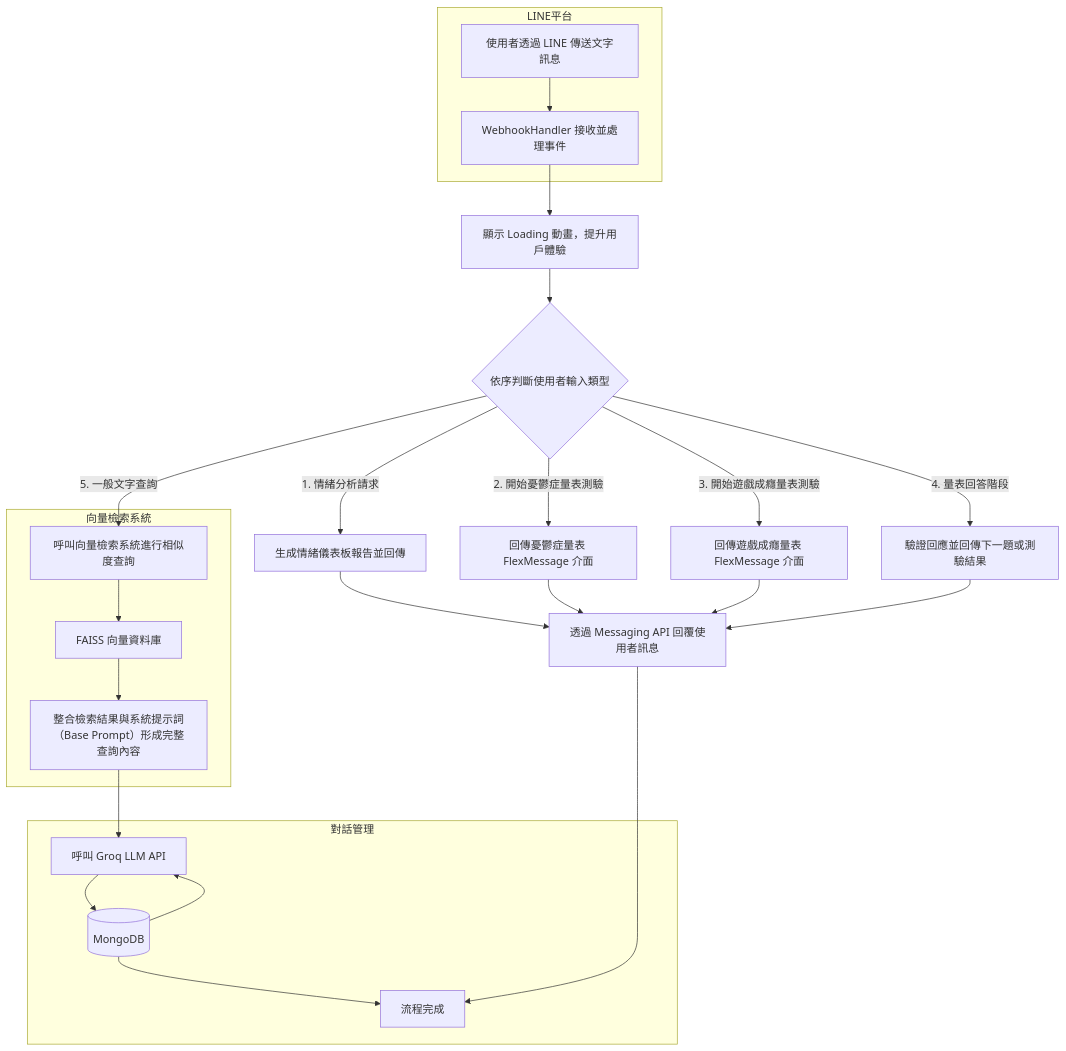
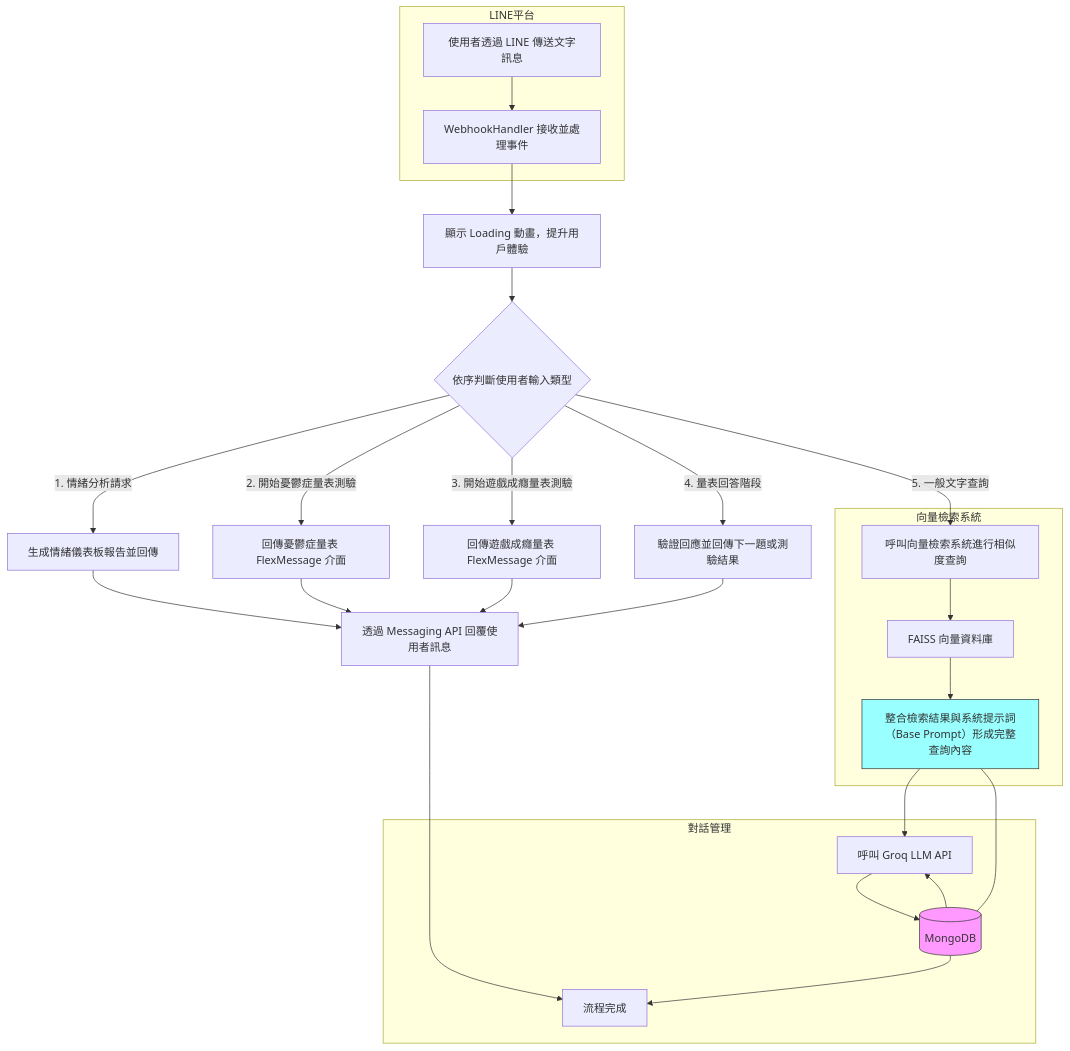
One commit to aurorajojo/line_app changed the diagram in README.md. Above: the diagram before and after it, drawn with Mermaid.

````diff
--- a/README.md
+++ b/README.md
@@ -3,39 +3,44 @@
 ```mermaid
 flowchart TD
     subgraph LINE平台
         A[使用者透過 LINE 傳送文字訊息] --> B[WebhookHandler 接收並處理事件]
     end
 
     B --> C[顯示 Loading 動畫，提升用戶體驗]
 
     C --> D{依序判斷使用者輸入類型}
 
     D -->|1. 情緒分析請求| E[生成情緒儀表板報告並回傳]
     E --> O1[透過 Messaging API 回覆使用者訊息]
 
     D -->|2. 開始憂鬱症量表測驗| F[回傳憂鬱症量表 FlexMessage 介面]
     F --> O1
 
     D -->|3. 開始遊戲成癮量表測驗| G[回傳遊戲成癮量表 FlexMessage 介面]
     G --> O1
 
     D -->|4. 量表回答階段| H[驗證回應並回傳下一題或測驗結果]
     H --> O1
 
     D -->|5. 一般文字查詢| I[呼叫向量檢索系統進行相似度查詢]
 
     subgraph 向量檢索系統
         I --> V1[FAISS 向量資料庫]
         V1 --> J[整合檢索結果與系統提示詞（Base Prompt）形成完整查詢內容]
     end
 
     subgraph 對話管理
-        J --> L[呼叫 Groq LLM API]
-        MDB[(MongoDB)] --> L
+        style MDB fill:#f9f,stroke:#333,stroke-width:1px
+        style J fill:#9ff,stroke:#333,stroke-width:1px
+        MDB[(MongoDB)] --- J
+
+        MDB --> L[呼叫 Groq LLM API]
+        J --> L
         L --> MDB
         MDB --> Z[流程完成]
     end
 
     O1 --> Z
 
+
 ```
````
